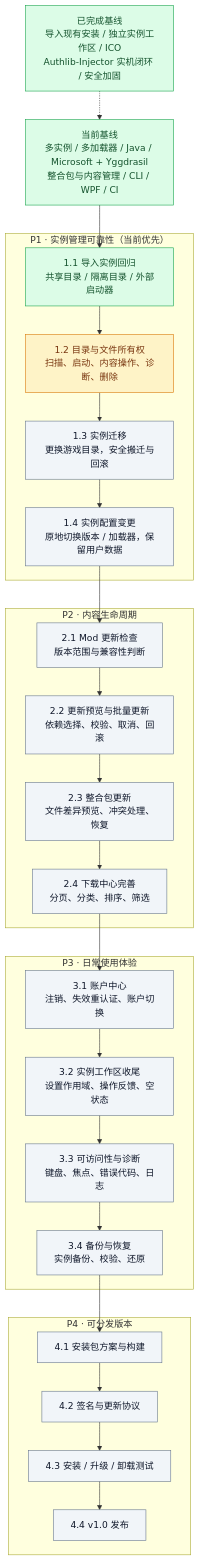
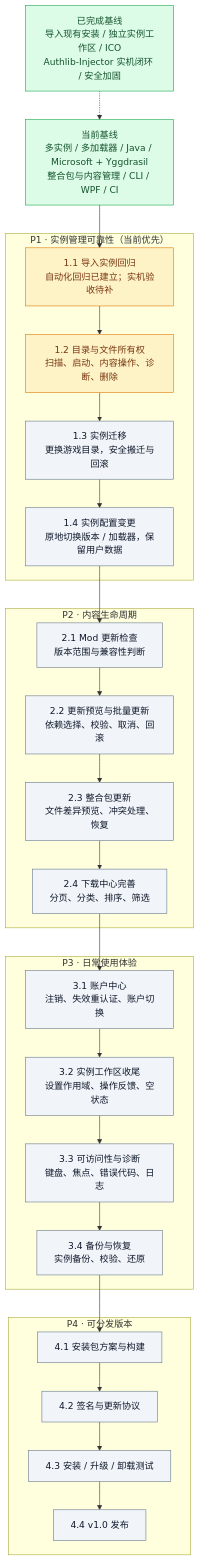
One commit to hellokug2699/Ender-Craft-Launcher changed the diagram in docs/roadmap.md. Above: the diagram before and after it, drawn with Mermaid. The commit also changed other lines of this file, not shown here.

Commit message:
docs: audit roadmap against current instance lifecycle code

````diff
--- a/docs/roadmap.md
+++ b/docs/roadmap.md
@@ -9,42 +9,42 @@
 ```mermaid
 flowchart TD
     A["当前基线<br/>多实例 / 多加载器 / Java / Microsoft + Yggdrasil<br/>整合包与内容管理 / CLI / WPF / CI"] --> B
 
     subgraph P1["P1 · 实例管理可靠性（当前优先）"]
-      B["1.1 导入实例回归<br/>共享目录 / 隔离目录 / 外部启动器"] --> C["1.2 目录与文件所有权<br/>扫描、启动、内容操作、诊断、删除"]
+      B["1.1 导入实例回归<br/>自动化回归已建立；实机验收待补"] --> C["1.2 目录与文件所有权<br/>扫描、启动、内容操作、诊断、删除"]
       C --> D["1.3 实例迁移<br/>更换游戏目录，安全搬迁与回滚"]
       D --> E["1.4 实例配置变更<br/>原地切换版本 / 加载器，保留用户数据"]
     end
 
     subgraph P2["P2 · 内容生命周期"]
       F["2.1 Mod 更新检查<br/>版本范围与兼容性判断"] --> G["2.2 更新预览与批量更新<br/>依赖选择、校验、取消、回滚"]
       G --> H["2.3 整合包更新<br/>文件差异预览、冲突处理、恢复"]
       H --> I["2.4 下载中心完善<br/>分页、分类、排序、筛选"]
     end
 
     subgraph P3["P3 · 日常使用体验"]
       J["3.1 账户中心<br/>注销、失效重认证、账户切换"] --> K["3.2 实例工作区收尾<br/>设置作用域、操作反馈、空状态"]
       K --> L["3.3 可访问性与诊断<br/>键盘、焦点、错误代码、日志"]
       L --> M["3.4 备份与恢复<br/>实例备份、校验、还原"]
     end
 
     subgraph P4["P4 · 可分发版本"]
       N["4.1 安装包方案与构建"] --> O["4.2 签名与更新协议"]
       O --> Q["4.3 安装 / 升级 / 卸载测试"]
       Q --> R["4.4 v1.0 发布"]
     end
 
     E --> F
     I --> J
     M --> N
 
     S["已完成基线<br/>导入现有安装 / 独立实例工作区 / ICO<br/>Authlib-Injector 实机闭环 / 安全加固"] -.-> A
 
     classDef done fill:#dcfce7,stroke:#16a34a,color:#14532d
     classDef active fill:#fef3c7,stroke:#d97706,color:#78350f
     classDef todo fill:#f1f5f9,stroke:#64748b,color:#0f172a
     class A,S done
-    class B done
+    class B active
     class C active
     class D,E,F,G,H,I,J,K,L,M,N,O,Q,R todo
 ```
````
